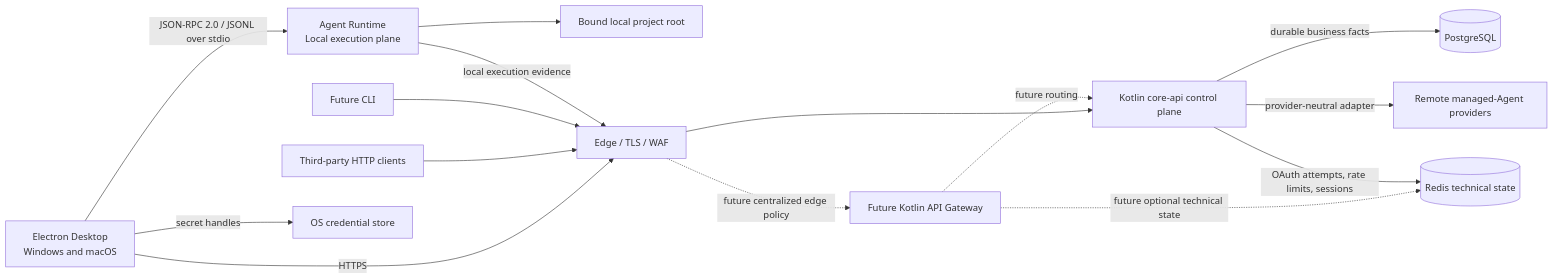
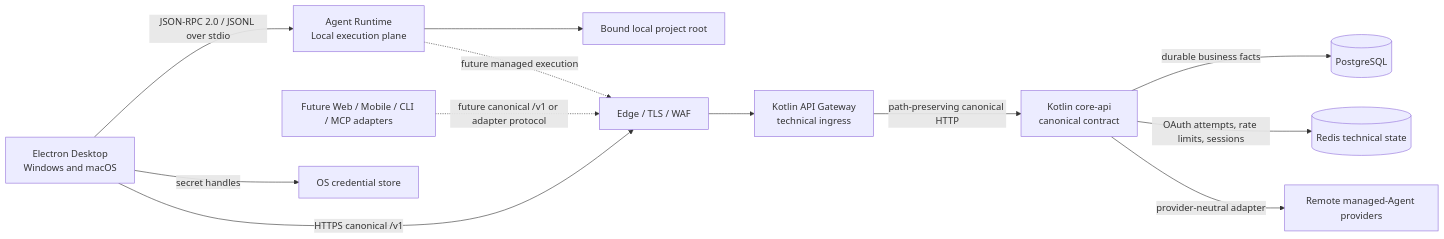
Before and after one commit to hataketed7977/taskpilot: the first of 2 diagrams in docs/architecture.md, drawn with Mermaid. The commit also changed other lines of this file and 129 other files, not shown here.

Commit message:
feat(api): establish canonical resource API gateway

````diff
--- a/docs/architecture.md
+++ b/docs/architecture.md
@@ -50,30 +50,26 @@
 ```mermaid
 flowchart LR
     desktop["Electron Desktop\nWindows and macOS"]
     runtime["Agent Runtime\nLocal execution plane"]
     workspace["Bound local project root"]
-    external["Third-party HTTP clients"]
-    cli["Future CLI"]
+    clients["Future Web / Mobile / CLI / MCP adapters"]
     edge["Edge / TLS / WAF"]
-    gateway["Future Kotlin API Gateway"]
-    api["Kotlin core-api control plane"]
+    gateway["Kotlin API Gateway\ntechnical ingress"]
+    api["Kotlin core-api\ncanonical contract"]
     provider["Remote managed-Agent providers"]
     credential["OS credential store"]
     postgres[(PostgreSQL)]
     redis[(Redis technical state)]
 
-    desktop -->|HTTPS| edge
-    external --> edge
-    cli --> edge
-    edge --> api
-    edge -.->|future centralized edge policy| gateway
-    gateway -.->|future routing| api
-    gateway -.->|future optional technical state| redis
+    desktop -->|HTTPS canonical /v1| edge
+    clients -.->|future canonical /v1 or adapter protocol| edge
+    edge --> gateway
+    gateway -->|path-preserving canonical HTTP| api
     api -->|durable business facts| postgres
     api -->|OAuth attempts, rate limits, sessions| redis
     api -->|provider-neutral adapter| provider
     desktop -->|JSON-RPC 2.0 / JSONL over stdio| runtime
     runtime --> workspace
-    runtime -->|local execution evidence| edge
+    runtime -.->|future managed execution| edge
     desktop -->|secret handles| credential
 ```
````
